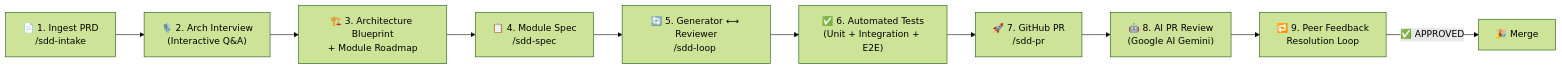
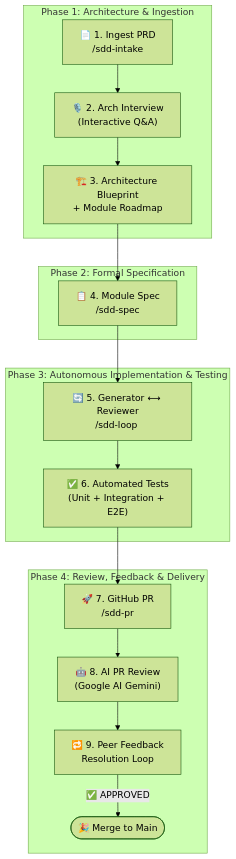
Before and after one commit to akazad13/shopizy-microservice: the first of 3 diagrams in README.md, drawn with Mermaid (forest theme).

Commit message:
docs(readme): update SDD AI Workflow diagram to vertical flowchart TD with phases

````diff
--- a/README.md
+++ b/README.md
@@ -47,12 +47,32 @@
 ```mermaid
-flowchart LR
-    PRD["📄 1. Ingest PRD\n/sdd-intake"] --> Interview["🎙️ 2. Arch Interview\n(Interactive Q&A)"]
-    Interview --> Blueprint["🏗️ 3. Architecture Blueprint\n+ Module Roadmap"]
-    Blueprint --> Spec["📋 4. Module Spec\n/sdd-spec <module>"]
-    Spec --> Loop["🔄 5. Generator ⟷ Reviewer\n/sdd-loop <module>"]
-    Loop --> Tests["✅ 6. Automated Tests\n(Unit + Integration + E2E)"]
-    Tests --> PR["🚀 7. GitHub PR\n/sdd-pr <module>"]
-    PR --> Review["🤖 8. AI PR Review\n(Google AI Gemini)"]
-    Review --> Feedback["🔁 9. Peer Feedback\nResolution Loop"]
-    Feedback --> |"✅ APPROVED"| Merge["🎉 Merge"]
+flowchart TD
+    subgraph Phase1["Phase 1: Architecture & Ingestion"]
+        PRD["📄 1. Ingest PRD\n/sdd-intake"]
+        Interview["🎙️ 2. Arch Interview\n(Interactive Q&A)"]
+        Blueprint["🏗️ 3. Architecture Blueprint\n+ Module Roadmap"]
+        PRD --> Interview --> Blueprint
+    end
+
+    subgraph Phase2["Phase 2: Formal Specification"]
+        Spec["📋 4. Module Spec\n/sdd-spec <module>"]
+    end
+
+    subgraph Phase3["Phase 3: Autonomous Implementation & Testing"]
+        Loop["🔄 5. Generator ⟷ Reviewer\n/sdd-loop <module>"]
+        Tests["✅ 6. Automated Tests\n(Unit + Integration + E2E)"]
+        Loop --> Tests
+    end
+
+    subgraph Phase4["Phase 4: Review, Feedback & Delivery"]
+        PR["🚀 7. GitHub PR\n/sdd-pr <module>"]
+        Review["🤖 8. AI PR Review\n(Google AI Gemini)"]
+        Feedback["🔁 9. Peer Feedback\nResolution Loop"]
+        Merge(["🎉 Merge to Main"])
+        PR --> Review --> Feedback
+        Feedback -->|"✅ APPROVED"| Merge
+    end
+
+    Blueprint --> Spec
+    Spec --> Loop
+    Tests --> PR
 ```
````
